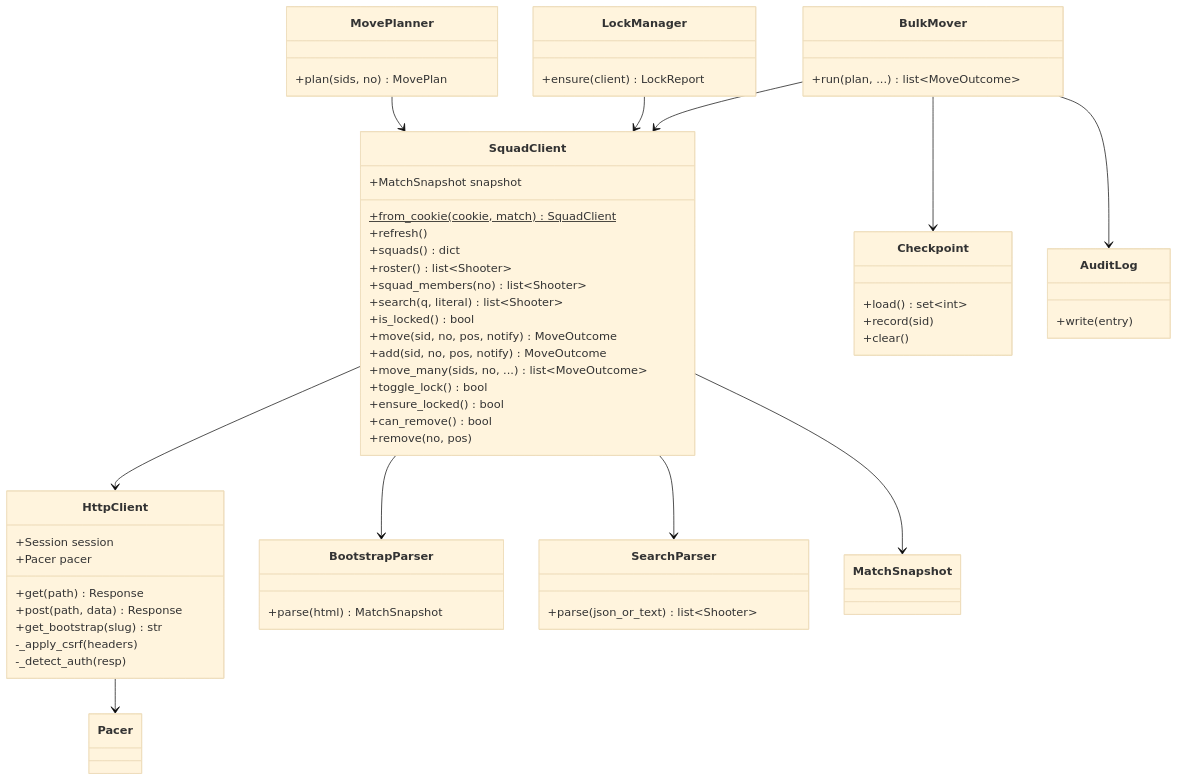
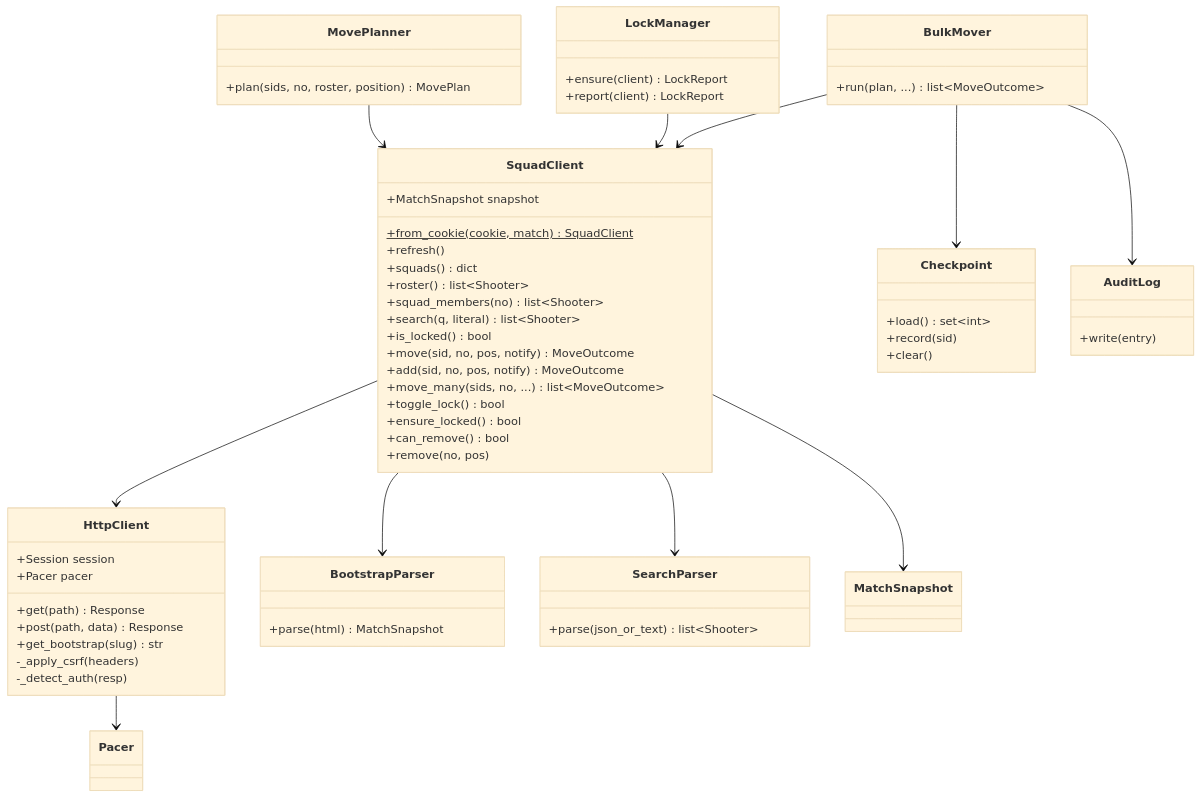
The first of 2 diagrams in implementation.md (StShadow/practiscore-cli), drawn with Mermaid (base theme) before and after one commit. The commit also changed other lines of this file and 10 other files, not shown here.

````diff
--- a/implementation.md
+++ b/implementation.md
@@ -67,62 +67,63 @@
 ```mermaid
 classDiagram
     class HttpClient {
         +Session session
         +Pacer pacer
         +get(path) Response
         +post(path, data) Response
         +get_bootstrap(slug) str
         -_apply_csrf(headers)
         -_detect_auth(resp)
     }
     class BootstrapParser {
         +parse(html) MatchSnapshot
     }
     class SearchParser {
         +parse(json_or_text) list~Shooter~
     }
     class SquadClient {
         +MatchSnapshot snapshot
         +from_cookie(cookie, match)$ SquadClient
         +refresh()
         +squads() dict
         +roster() list~Shooter~
         +squad_members(no) list~Shooter~
         +search(q, literal) list~Shooter~
         +is_locked() bool
         +move(sid, no, pos, notify) MoveOutcome
         +add(sid, no, pos, notify) MoveOutcome
         +move_many(sids, no, ...) list~MoveOutcome~
         +toggle_lock() bool
         +ensure_locked() bool
         +can_remove() bool
         +remove(no, pos)
     }
     class MovePlanner {
-        +plan(sids, no) MovePlan
+        +plan(sids, no, roster, position) MovePlan
     }
     class BulkMover {
         +run(plan, ...) list~MoveOutcome~
     }
     class LockManager {
         +ensure(client) LockReport
+        +report(client) LockReport
     }
     class Checkpoint {
         +load() set~int~
         +record(sid)
         +clear()
     }
     class AuditLog {
         +write(entry)
     }
     HttpClient --> Pacer
     SquadClient --> HttpClient
     SquadClient --> BootstrapParser
     SquadClient --> SearchParser
     SquadClient --> MatchSnapshot
     MovePlanner --> SquadClient
     BulkMover --> SquadClient
     BulkMover --> Checkpoint
     BulkMover --> AuditLog
     LockManager --> SquadClient
 ```
````
